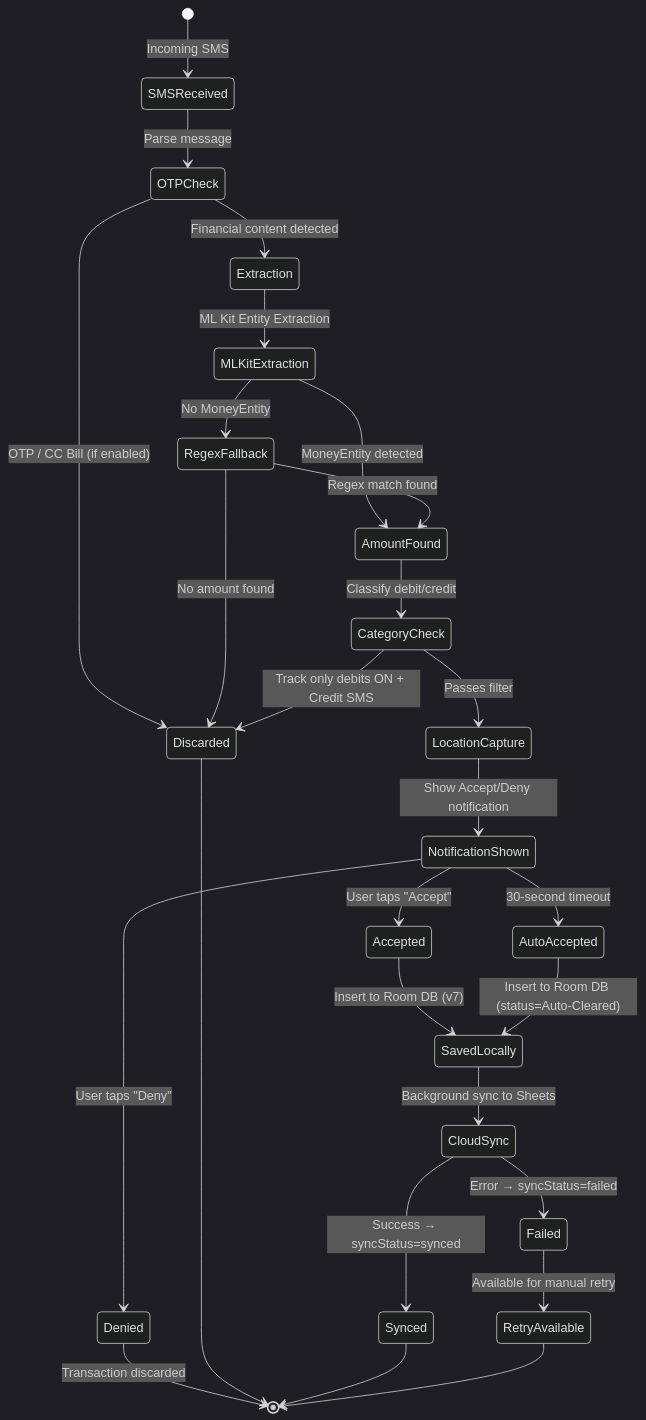
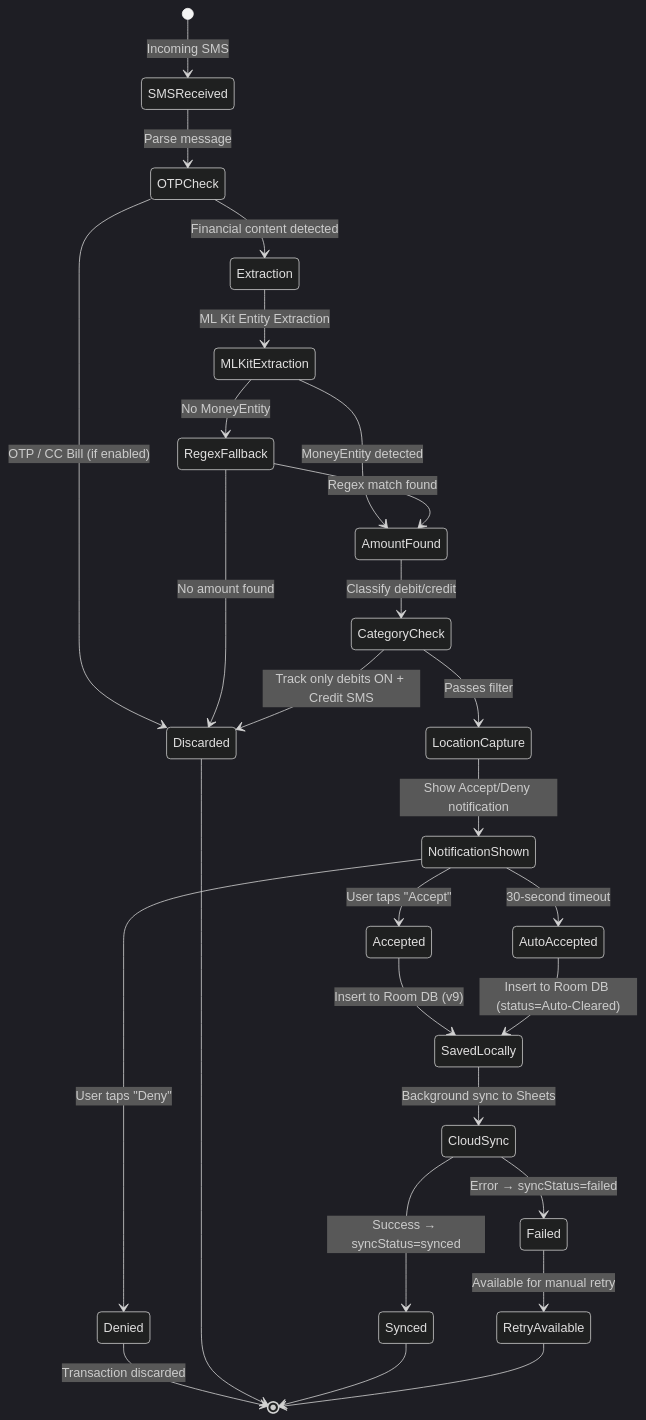
Before and after one commit to RahulGorai0206/expence-tracker: the third of 4 diagrams in README.md, drawn with Mermaid (dark theme). The commit also changed other lines of this file, not shown here.

````diff
--- a/README.md
+++ b/README.md
@@ -204,37 +218,37 @@
 ```mermaid
 stateDiagram-v2
     [*] --> SMSReceived: Incoming SMS
     SMSReceived --> OTPCheck: Parse message
 
     OTPCheck --> Discarded: OTP / CC Bill (if enabled)
     OTPCheck --> Extraction: Financial content detected
 
     Extraction --> MLKitExtraction: ML Kit Entity Extraction
     MLKitExtraction --> AmountFound: MoneyEntity detected
     MLKitExtraction --> RegexFallback: No MoneyEntity
     RegexFallback --> AmountFound: Regex match found
     RegexFallback --> Discarded: No amount found
 
     AmountFound --> CategoryCheck: Classify debit/credit
     CategoryCheck --> Discarded: Track only debits ON + Credit SMS
     CategoryCheck --> LocationCapture: Passes filter
 
     LocationCapture --> NotificationShown: Show Accept/Deny notification
 
     NotificationShown --> Accepted: User taps "Accept"
     NotificationShown --> Denied: User taps "Deny"
     NotificationShown --> AutoAccepted: 30-second timeout
 
-    Accepted --> SavedLocally: Insert to Room DB (v7)
+    Accepted --> SavedLocally: Insert to Room DB (v9)
     AutoAccepted --> SavedLocally: Insert to Room DB (status=Auto-Cleared)
 
     SavedLocally --> CloudSync: Background sync to Sheets
     CloudSync --> Synced: Success → syncStatus=synced
     CloudSync --> Failed: Error → syncStatus=failed
     Failed --> RetryAvailable: Available for manual retry
 
     Denied --> [*]: Transaction discarded
     Discarded --> [*]
     Synced --> [*]
     RetryAvailable --> [*]
 ```
````
